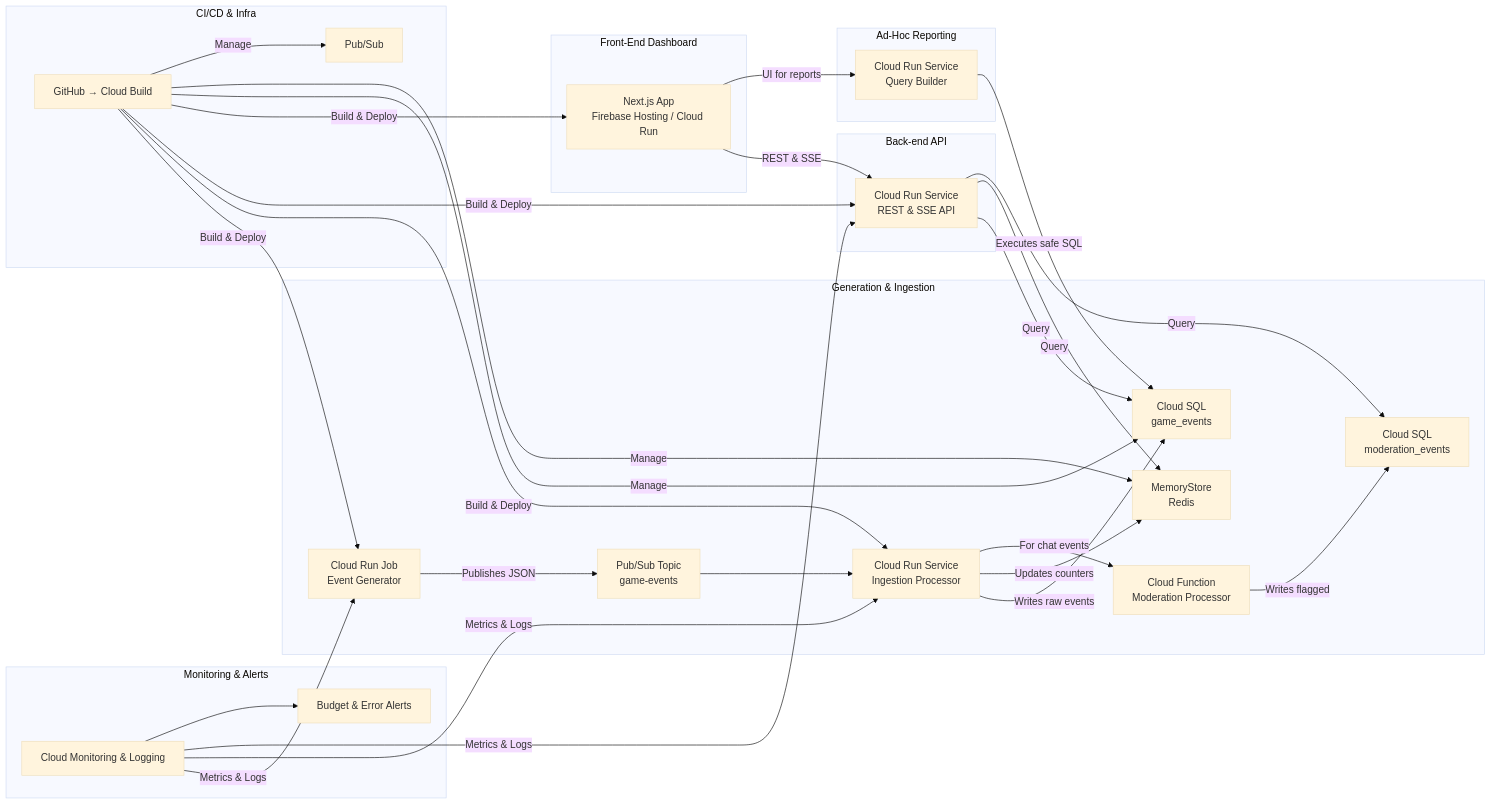
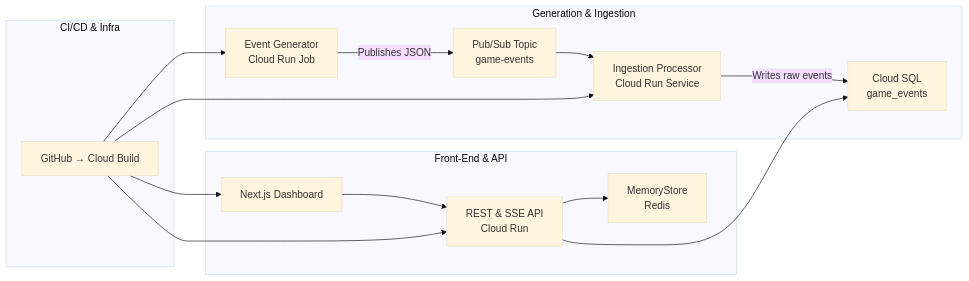
Before and after one commit to tgillstar/game-ops-dashboard: the diagram in README.md, drawn with Mermaid (base theme). The commit also changed other lines of this file and 1 other file, not shown here.

Commit message:
test(ingestion): Verify Docker image connects to a game-network container and stores events while generator Docker container. Update README to reflect the ingestion service and information on testing all Dockers images together.

````diff
--- a/README.md
+++ b/README.md
@@ -31,45 +30,17 @@
 ```mermaid
 flowchart LR
   subgraph Generation & Ingestion
-    A[Cloud Run Job<br>Event Generator] 
+    A[Event Generator<br>Cloud Run Job] 
     A -->|Publishes JSON| B[Pub/Sub Topic<br>game-events]
-    B --> C[Cloud Run Service<br>Ingestion Processor]
+    B --> C[Ingestion Processor<br>Cloud Run Service]
     C -->|Writes raw events| D[Cloud SQL<br>game_events]
-    C -->|Updates counters| E[MemoryStore<br>Redis]
-    C -->|For chat events| F[Cloud Function<br>Moderation Processor]
-    F -->|Writes flagged| G[Cloud SQL<br>moderation_events]
   end
-
-  subgraph Back-end API
-    H[Cloud Run Service<br>REST & SSE API]
-    H -->|Query| D
-    H -->|Query| E
-    H -->|Query| G
+  subgraph Front-End & API
+    H[REST & SSE API<br>Cloud Run] --> D
+    H --> E[MemoryStore<br>Redis]
+    I[Next.js Dashboard] --> H
   end
-
-  subgraph Front-End Dashboard
-    I[Next.js App<br>Firebase Hosting / Cloud Run]
-    I -->|REST & SSE| H
-  end
-
-  subgraph Ad-Hoc Reporting
-    J[Cloud Run Service<br>Query Builder]
-    J -->|Executes safe SQL| D
-    I -->|UI for reports| J
-  end
-
   subgraph CI/CD & Infra
-    K[GitHub → Cloud Build]
-    K -->|Build & Deploy| A
-    K -->|Build & Deploy| C
-    K -->|Build & Deploy| H
-    K -->|Build & Deploy| I
-    K -->|Manage| D & E & Pub/Sub
-  end
-
-  subgraph Monitoring & Alerts
-    L[Cloud Monitoring & Logging]
-    L -->|Metrics & Logs| A & C & H
-    L --> M[Budget & Error Alerts]
+    K[GitHub → Cloud Build] --> A & C & H & I
   end
 ```
````
